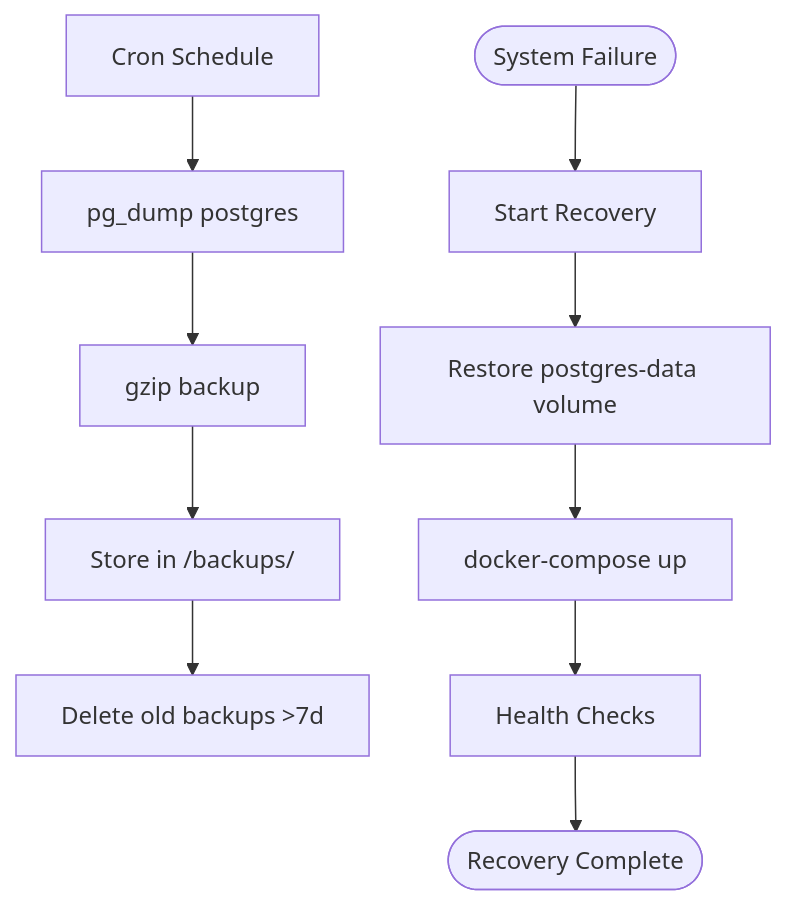
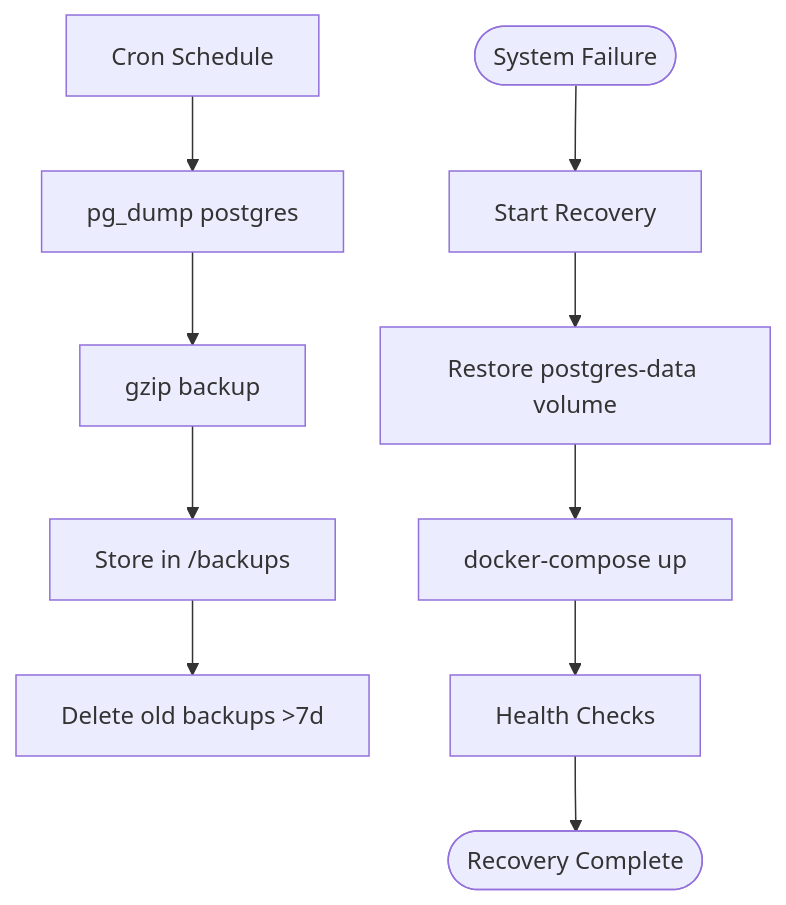
Before and after one commit to rwellinger/thwelly_ai_tools: diagram 11 of 11 in ARC42_Architecture_Documentation.md, drawn with Mermaid. The commit also changed other lines of this file, not shown here.

````diff
--- a/ARC42_Architecture_Documentation.md
+++ b/ARC42_Architecture_Documentation.md
@@ -724,13 +844,13 @@
 ```mermaid
 flowchart TD
     SCHEDULE[Cron Schedule] --> DUMP_DB[pg_dump postgres]
     DUMP_DB --> COMPRESS[gzip backup]
-    COMPRESS --> STORE_LOCAL[Store in /backups/]
+    COMPRESS --> STORE_LOCAL[Store in /backups]
     STORE_LOCAL --> CLEANUP[Delete old backups >7d]
     
     DISASTER([System Failure]) --> RESTORE_START[Start Recovery]
     RESTORE_START --> RESTORE_DATA[Restore postgres-data volume]
     RESTORE_DATA --> START_SERVICES[docker-compose up]
     START_SERVICES --> VERIFY[Health Checks]
     VERIFY --> COMPLETE([Recovery Complete])
 ```
````
